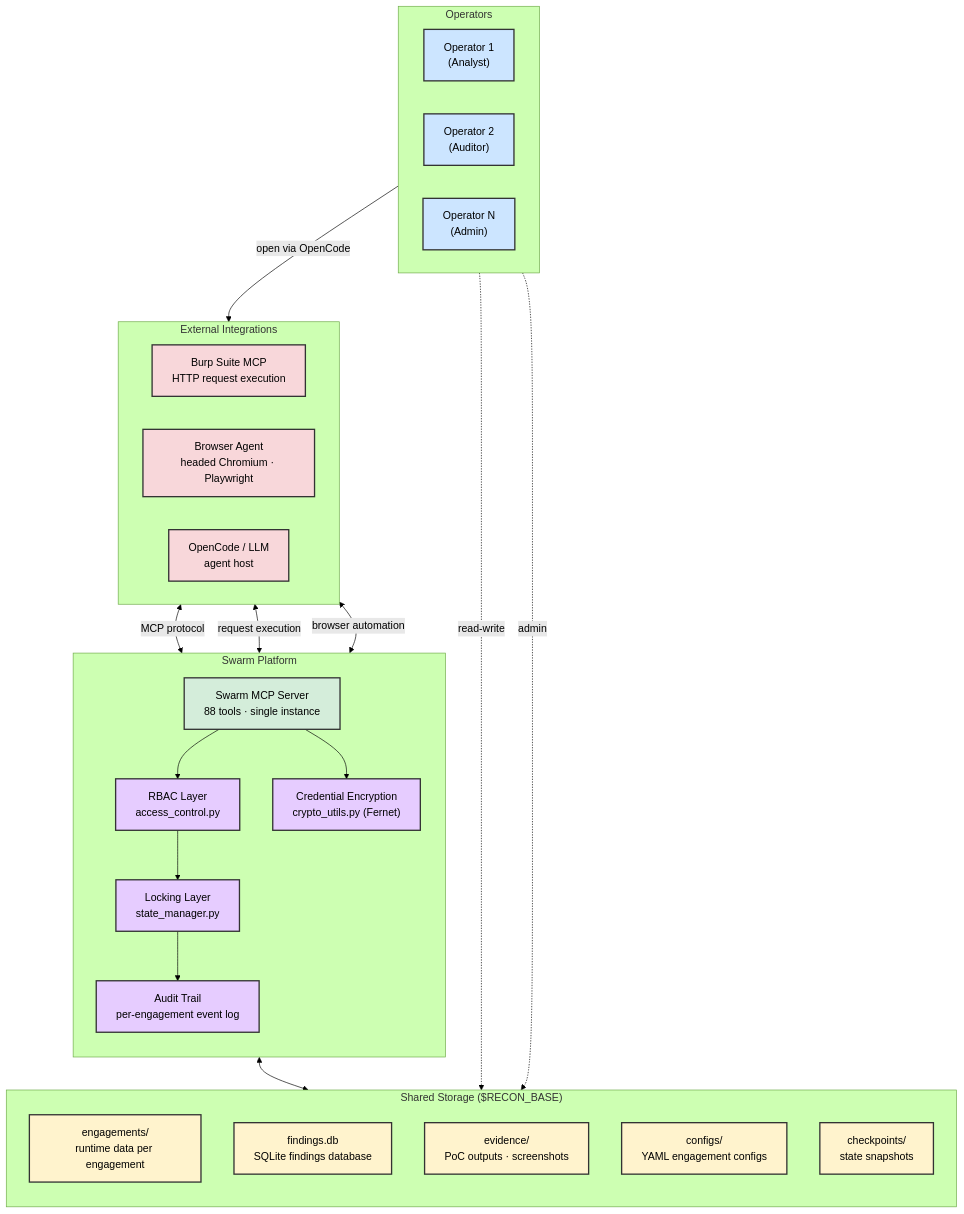
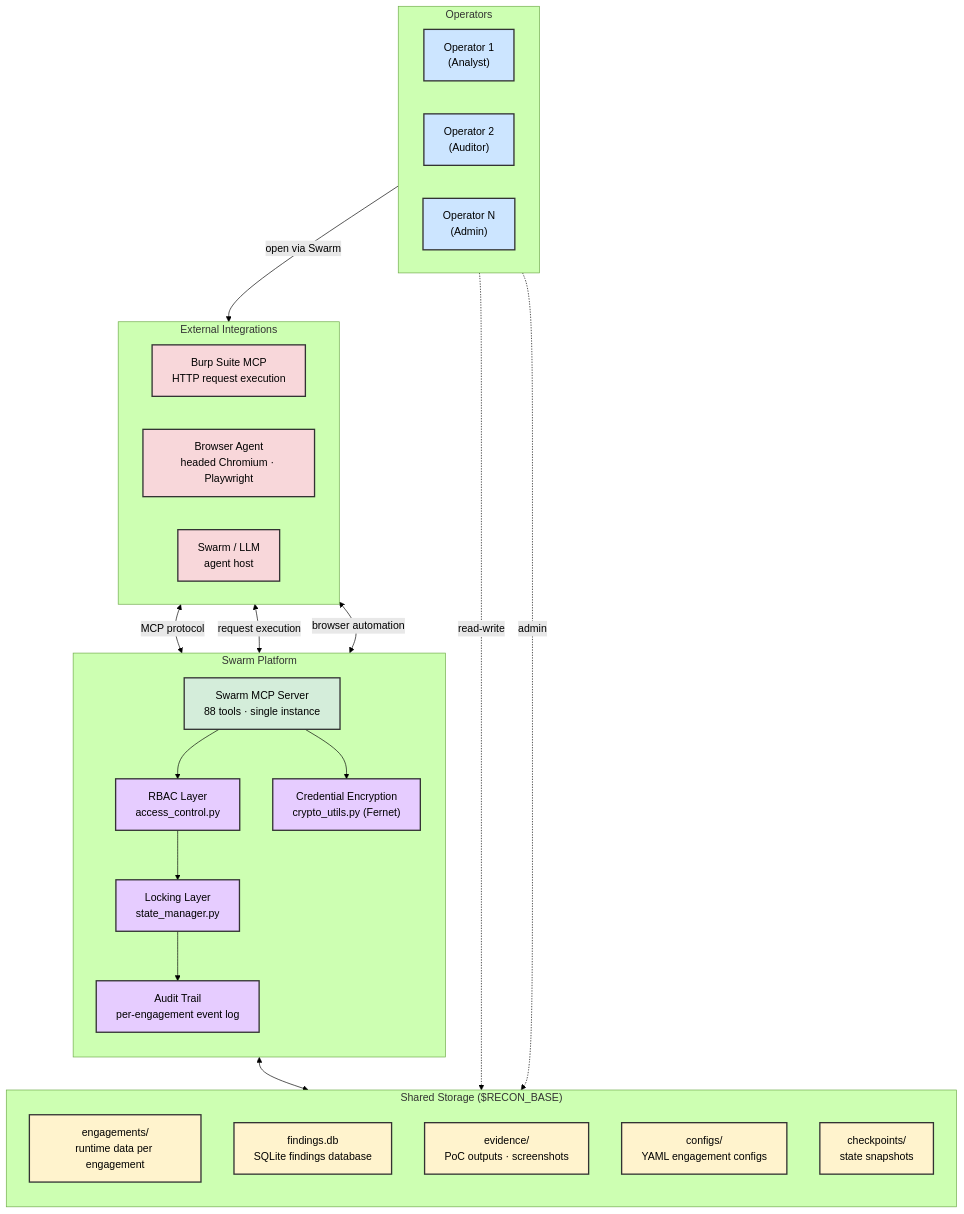
The diagram in docs/enterprise.md (manojxshrestha/swarm-wrapper), drawn with Mermaid (forest theme) before and after one commit. The commit also changed 28 other files, not shown here.

````diff
--- a/docs/enterprise.md
+++ b/docs/enterprise.md
@@ -7,53 +7,53 @@
 ```mermaid
 graph TB
     classDef operator fill:#cce5ff,stroke:#333,stroke-width:2px,color:#000
     classDef core fill:#d4edda,stroke:#333,stroke-width:2px,color:#000
     classDef storage fill:#fff3cd,stroke:#333,stroke-width:2px,color:#000
     classDef external fill:#f8d7da,stroke:#333,stroke-width:2px,color:#000
     classDef security fill:#e6ccff,stroke:#333,stroke-width:2px,color:#000
 
     subgraph OPERATORS ["Operators"]
         direction LR
         O1["Operator 1<br/>(Analyst)"]:::operator
         O2["Operator 2<br/>(Auditor)"]:::operator
         O3["Operator N<br/>(Admin)"]:::operator
     end
 
     subgraph SWARM ["Swarm Platform"]
         direction TB
         MCP["Swarm MCP Server<br/>88 tools · single instance"]:::core
         RBAC["RBAC Layer<br/>access_control.py"]:::security
         LOCK["Locking Layer<br/>state_manager.py"]:::security
         AUDIT["Audit Trail<br/>per-engagement event log"]:::security
         CRYPTO["Credential Encryption<br/>crypto_utils.py (Fernet)"]:::security
     end
 
     subgraph STORAGE ["Shared Storage ($RECON_BASE)"]
         direction TB
         S1["engagements/<br/>runtime data per engagement"]:::storage
         S2["findings.db<br/>SQLite findings database"]:::storage
         S3["evidence/<br/>PoC outputs · screenshots"]:::storage
         S4["configs/<br/>YAML engagement configs"]:::storage
         S5["checkpoints/<br/>state snapshots"]:::storage
     end
 
     subgraph INTEGRATIONS ["External Integrations"]
         direction LR
         BURP["Burp Suite MCP<br/>HTTP request execution"]:::external
         BROWSER["Browser Agent<br/>headed Chromium · Playwright"]:::external
-        LLM["OpenCode / LLM<br/>agent host"]:::external
+        LLM["Swarm / LLM<br/>agent host"]:::external
     end
 
-    OPERATORS -->|"open via OpenCode"| LLM
+    OPERATORS -->|"open via Swarm"| LLM
     LLM <-->|"MCP protocol"| MCP
     MCP --> RBAC
     RBAC --> LOCK
     LOCK --> AUDIT
     MCP --> CRYPTO
     MCP <-->|"request execution"| BURP
     MCP <-->|"browser automation"| BROWSER
     MCP <--> STORAGE
 
     O1 -.->|"read-write"| STORAGE
     O3 -.->|"admin"| STORAGE
 ```
````
